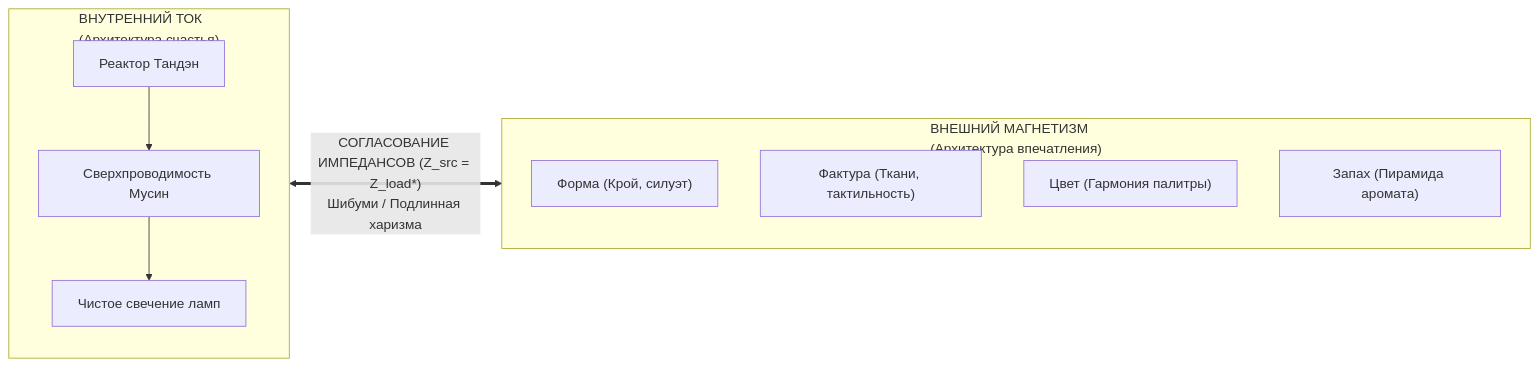
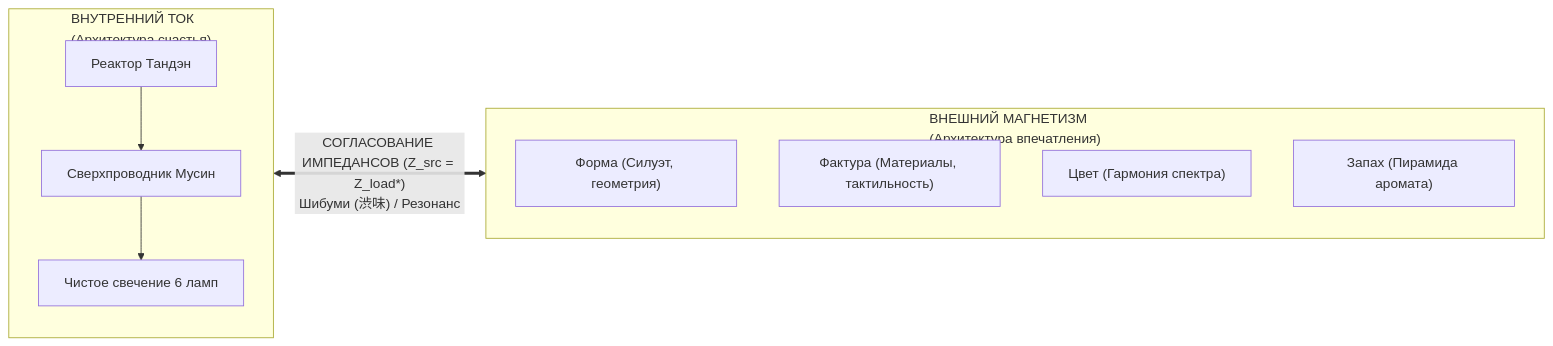
The sixth of 6 diagrams in wiki/Inner Current (Whitepaper — Variant 2 Pure Engineering Architecture).md (vsanyanov-ux/inner-current), drawn with Mermaid before and after one commit. The commit also changed other lines of this file and 86 other files, not shown here.

````diff
--- a/wiki/Inner Current (Whitepaper — Variant 2 Pure Engineering Architecture).md
+++ b/wiki/Inner Current (Whitepaper — Variant 2 Pure Engineering Architecture).md
@@ -286,16 +306,16 @@
 ```mermaid
 flowchart LR
     subgraph Inner["ВНУТРЕННИЙ ТОК\n(Архитектура счастья)"]
-        T["Реактор Тандэн"] --> M["Сверхпроводимость Мусин"]
-        M --> L["Чистое свечение ламп"]
+        T["Реактор Тандэн"] --> M["Сверхпроводник Мусин"]
+        M --> L["Чистое свечение 6 ламп"]
     end
 
     subgraph Outer["ВНЕШНИЙ МАГНЕТИЗМ\n(Архитектура впечатления)"]
-        F1["Форма (Крой, силуэт)"]
-        F2["Фактура (Ткани, тактильность)"]
-        F3["Цвет (Гармония палитры)"]
+        F1["Форма (Силуэт, геометрия)"]
+        F2["Фактура (Материалы, тактильность)"]
+        F3["Цвет (Гармония спектра)"]
         F4["Запах (Пирамида аромата)"]
     end
 
-    Inner <== "СОГЛАСОВАНИЕ ИМПЕДАНСОВ (Z_src = Z_load*)\nШибуми / Подлинная харизма" ==> Outer
+    Inner <== "СОГЛАСОВАНИЕ ИМПЕДАНСОВ (Z_src = Z_load*)\nШибуми (渋味) / Резонанс" ==> Outer
 ```
````
